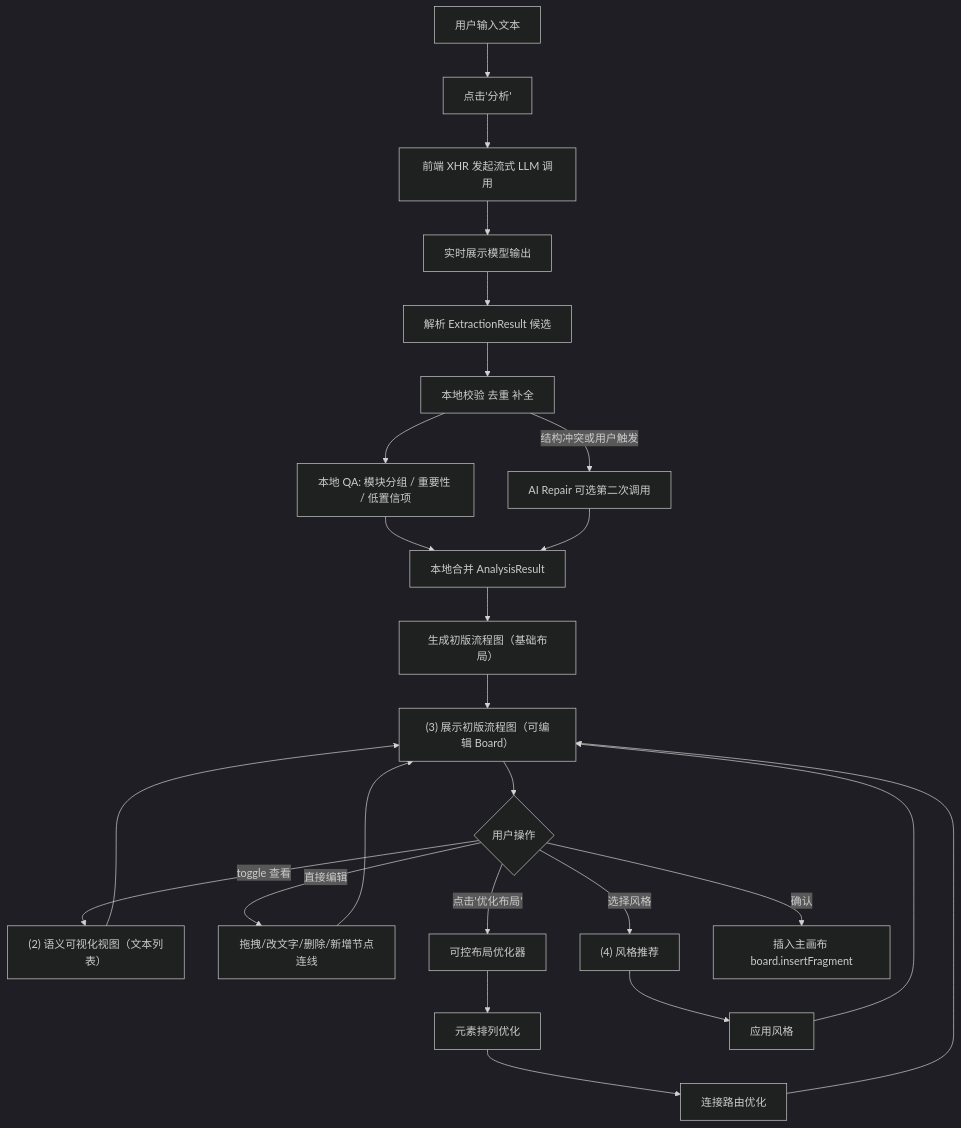
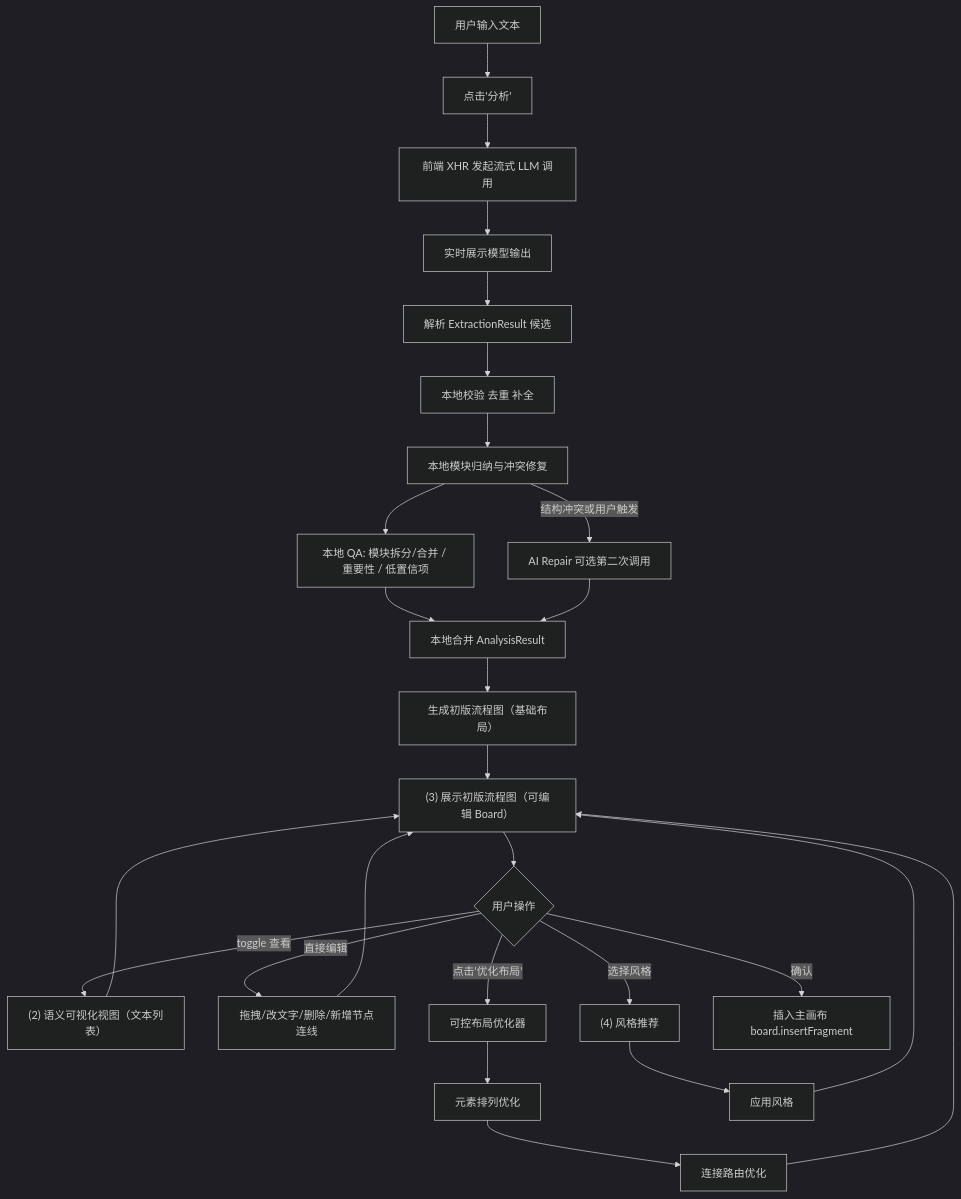
Before and after one commit to xcisq/free-ai-draw: the diagram in docs/paperdraw/PRD.md, drawn with Mermaid (dark theme). The commit also changed other lines of this file and 15 other files, not shown here.

````diff
--- a/docs/paperdraw/PRD.md
+++ b/docs/paperdraw/PRD.md
@@ -78,27 +82,28 @@
 ```mermaid
 flowchart TB
     A[用户输入文本] --> B["点击'分析'"]
     B --> C[前端 XHR 发起流式 LLM 调用]
     C --> D[实时展示模型输出]
     D --> E[解析 ExtractionResult 候选]
     E --> F[本地校验 去重 补全]
-    F --> G[本地 QA: 模块分组 / 重要性 / 低置信项]
-    G --> H[本地合并 AnalysisResult]
-    F -->|结构冲突或用户触发| R[AI Repair 可选第二次调用]
-    R --> H
-    H --> I["生成初版流程图（基础布局）"]
-    I --> J["(3) 展示初版流程图（可编辑 Board）"]
-    J --> K{"用户操作"}
-    K -->|"toggle 查看"| L["(2) 语义可视化视图（文本列表）"]
-    L --> J
-    K -->|直接编辑| M[拖拽/改文字/删除/新增节点连线]
-    M --> J
-    K -->|"点击'优化布局'"| N[可控布局优化器]
-    N --> O[元素排列优化]
-    O --> P[连接路由优化]
-    P --> J
-    K -->|选择风格| Q["(4) 风格推荐"]
-    Q --> S[应用风格]
-    S --> J
-    K -->|确认| T["插入主画布 board.insertFragment"]
+    F --> G[本地模块归纳与冲突修复]
+    G --> H[本地 QA: 模块拆分/合并 / 重要性 / 低置信项]
+    H --> I[本地合并 AnalysisResult]
+    G -->|结构冲突或用户触发| R[AI Repair 可选第二次调用]
+    R --> I
+    I --> J["生成初版流程图（基础布局）"]
+    J --> K["(3) 展示初版流程图（可编辑 Board）"]
+    K --> L{"用户操作"}
+    L -->|"toggle 查看"| M["(2) 语义可视化视图（文本列表）"]
+    M --> K
+    L -->|直接编辑| N[拖拽/改文字/删除/新增节点连线]
+    N --> K
+    L -->|"点击'优化布局'"| O[可控布局优化器]
+    O --> P[元素排列优化]
+    P --> Q[连接路由优化]
+    Q --> K
+    L -->|选择风格| S["(4) 风格推荐"]
+    S --> T[应用风格]
+    T --> K
+    L -->|确认| U["插入主画布 board.insertFragment"]
 ```
````
